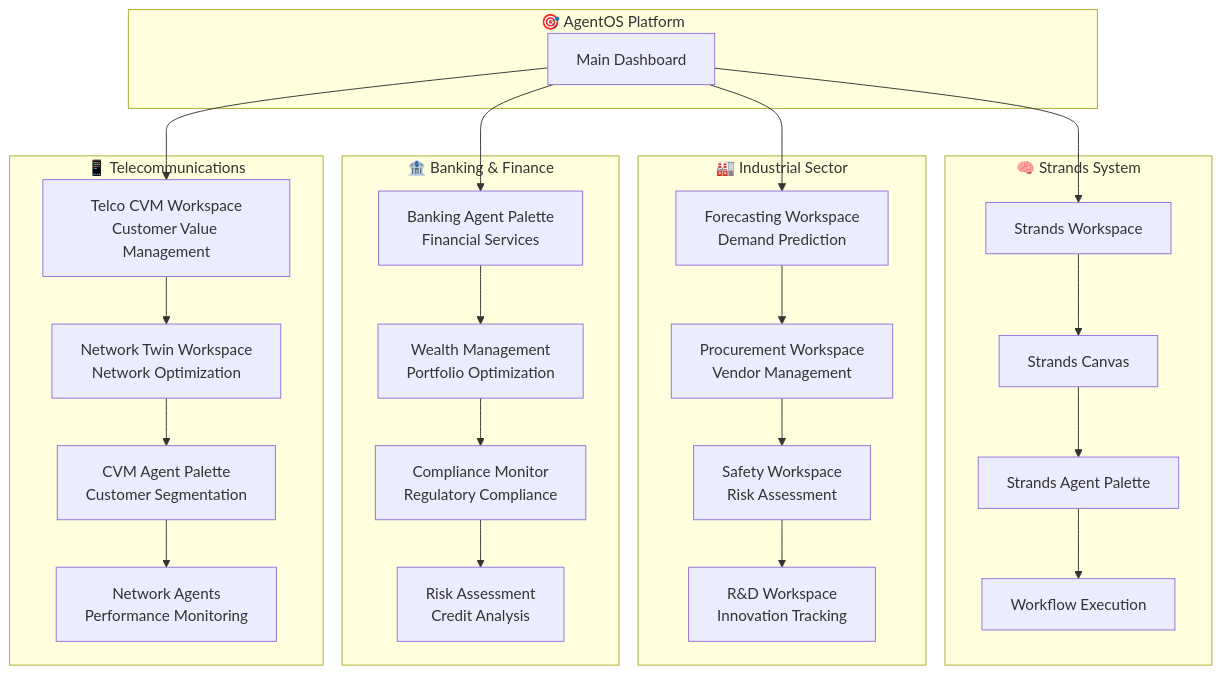
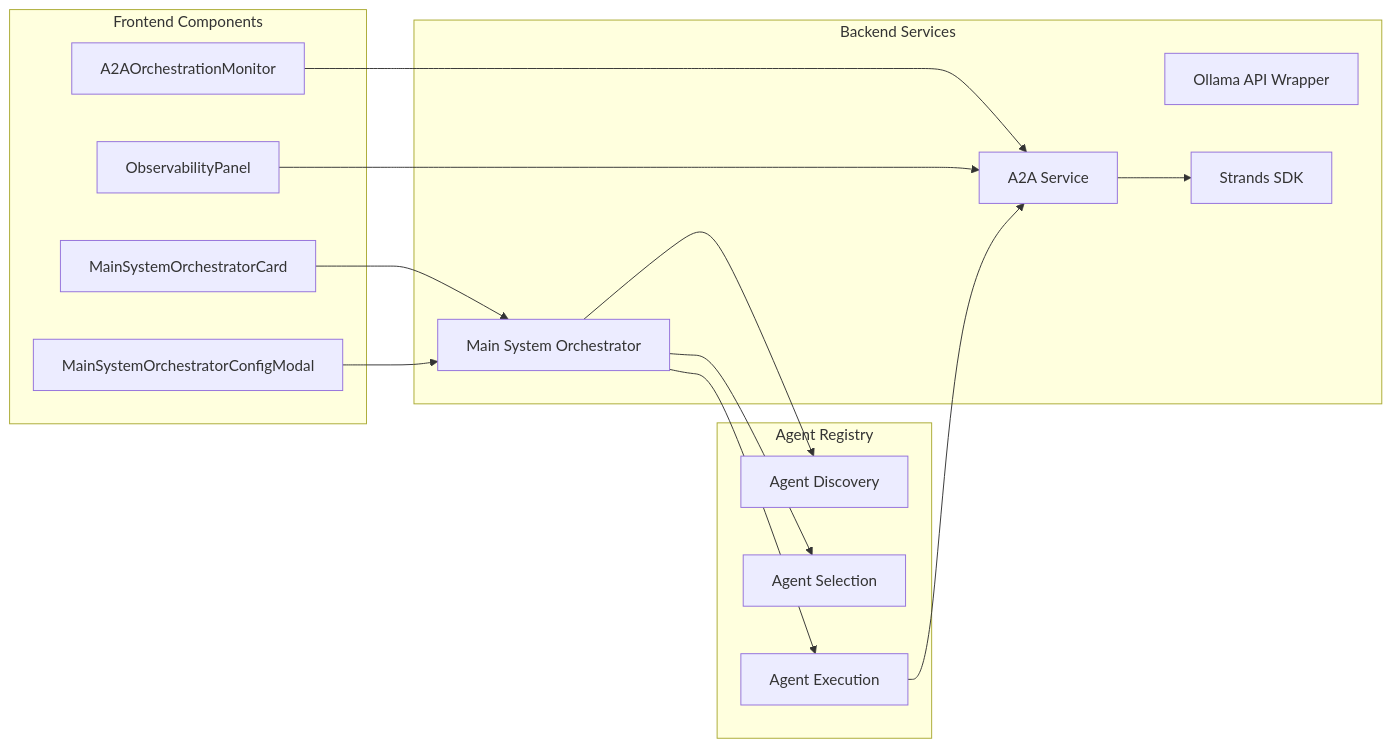
The second of 9 diagrams in docs/ARCHITECTURE_DIAGRAMS.md (ashfrnndz21/AgentOS_Latest_Release), drawn with Mermaid before and after one commit. The commit also changed other lines of this file and 6 other files, not shown here.

````diff
--- a/docs/ARCHITECTURE_DIAGRAMS.md
+++ b/docs/ARCHITECTURE_DIAGRAMS.md
@@ -267,55 +58,34 @@
 ```mermaid
-graph TB
-    subgraph "🎯 AgentOS Platform"
-        MAIN[Main Dashboard]
+graph LR
+    subgraph "Frontend Components"
+        MainCard[MainSystemOrchestratorCard]
+        A2AMonitor[A2AOrchestrationMonitor]
+        ConfigModal[MainSystemOrchestratorConfigModal]
+        Observability[ObservabilityPanel]
     end
     
-    subgraph "🧠 Strands System"
-        SW[Strands Workspace]
-        SC[Strands Canvas]
-        SAP[Strands Agent Palette]
-        WE[Workflow Execution]
+    subgraph "Backend Services"
+        Orchestrator[Main System Orchestrator]
+        A2AService[A2A Service]
+        OllamaWrapper[Ollama API Wrapper]
+        StrandsFramework[Strands SDK]
     end
     
-    subgraph "🏭 Industrial Sector"
-        FW[Forecasting Workspace<br/>Demand Prediction]
-        PW[Procurement Workspace<br/>Vendor Management]
-        SW_INDUSTRIAL[Safety Workspace<br/>Risk Assessment]
-        RDW[R&D Workspace<br/>Innovation Tracking]
+    subgraph "Agent Registry"
+        AgentDiscovery[Agent Discovery]
+        AgentSelection[Agent Selection]
+        AgentExecution[Agent Execution]
     end
     
-    subgraph "🏦 Banking & Finance"
-        BW[Banking Agent Palette<br/>Financial Services]
-        WW[Wealth Management<br/>Portfolio Optimization]
-        CM[Compliance Monitor<br/>Regulatory Compliance]
-        RA[Risk Assessment<br/>Credit Analysis]
-    end
+    MainCard --> Orchestrator
+    A2AMonitor --> A2AService
+    ConfigModal --> Orchestrator
+    Observability --> A2AService
     
-    subgraph "📱 Telecommunications"
-        TCW[Telco CVM Workspace<br/>Customer Value Management]
-        NTW[Network Twin Workspace<br/>Network Optimization]
-        CAP[CVM Agent Palette<br/>Customer Segmentation]
-        NA[Network Agents<br/>Performance Monitoring]
-    end
+    Orchestrator --> AgentDiscovery
+    Orchestrator --> AgentSelection
+    Orchestrator --> AgentExecution
     
-    MAIN --> SW
-    MAIN --> FW
-    MAIN --> BW
-    MAIN --> TCW
-    
-    SW --> SC
-    SC --> SAP
-    SAP --> WE
-    
-    FW --> PW
-    PW --> SW_INDUSTRIAL
-    SW_INDUSTRIAL --> RDW
-    
-    BW --> WW
-    WW --> CM
-    CM --> RA
-    
-    TCW --> NTW
-    NTW --> CAP
-    CAP --> NA
+    AgentExecution --> A2AService
+    A2AService --> StrandsFramework
 ```
````
